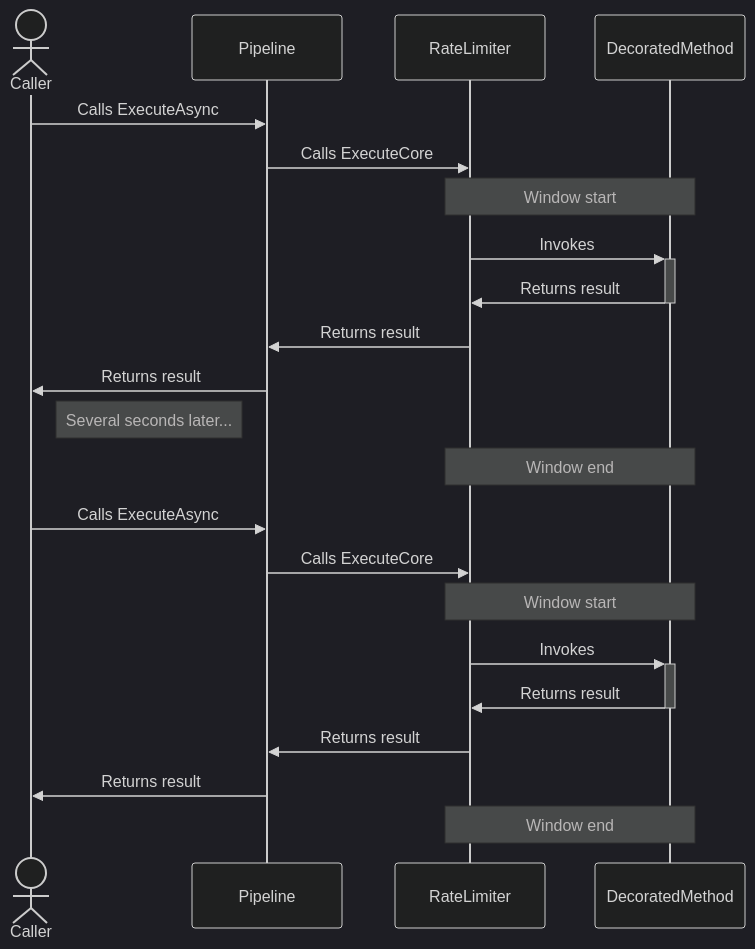
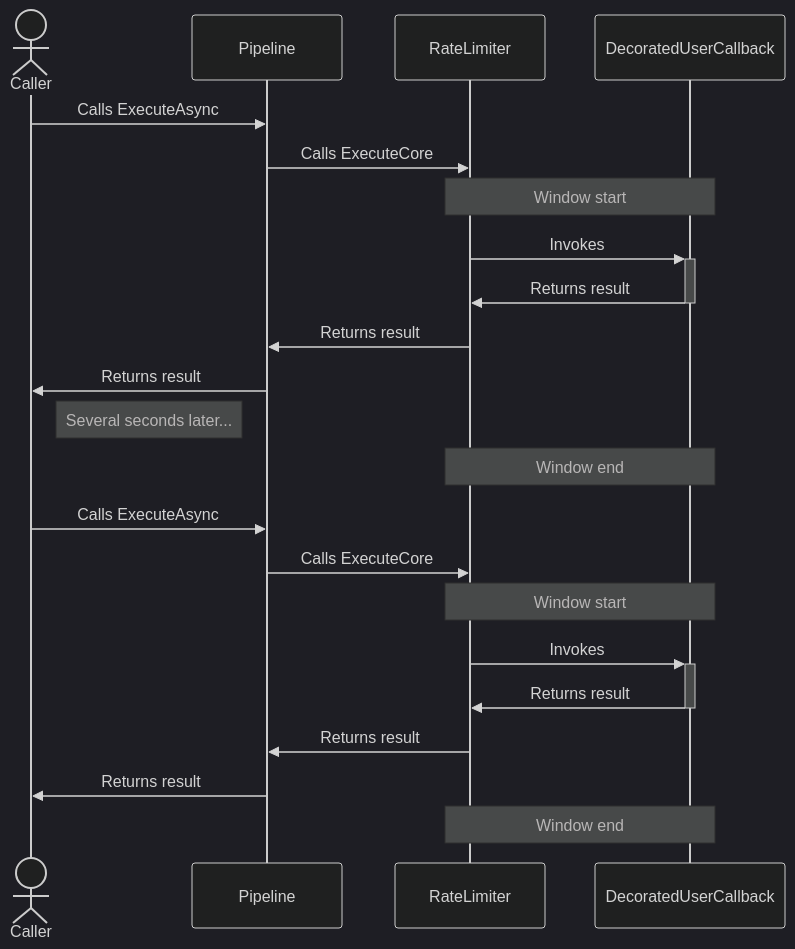
One commit to App-vNext/Polly changed the first of 4 diagrams in docs/strategies/rate-limiter.md. Above: the diagram before and after it, drawn with Mermaid. The commit also changed other lines of this file and 3 other files, not shown here.

Commit message:
Rename decorated method to decorated user callback

````diff
--- a/docs/strategies/rate-limiter.md
+++ b/docs/strategies/rate-limiter.md
@@ -85,26 +85,26 @@
 ```mermaid
 %%{init: {'theme':'dark'}}%%
 sequenceDiagram
     actor C as Caller
     participant P as Pipeline
     participant RL as RateLimiter
-    participant DM as DecoratedMethod
+    participant D as DecoratedUserCallback
 
     C->>P: Calls ExecuteAsync
     P->>RL: Calls ExecuteCore
-    Note over RL,DM: Window start
-    RL->>+DM: Invokes
-    DM->>-RL: Returns result
+    Note over RL,D: Window start
+    RL->>+D: Invokes
+    D->>-RL: Returns result
     RL->>P: Returns result
     P->>C: Returns result
     Note right of C: Several seconds later...
-    Note over RL,DM: Window end
+    Note over RL,D: Window end
     C->>P: Calls ExecuteAsync
     P->>RL: Calls ExecuteCore
-    Note over RL,DM: Window start
-    RL->>+DM: Invokes
-    DM->>-RL: Returns result
+    Note over RL,D: Window start
+    RL->>+D: Invokes
+    D->>-RL: Returns result
     RL->>P: Returns result
     P->>C: Returns result
-    Note over RL,DM: Window end
+    Note over RL,D: Window end
 ```
````
